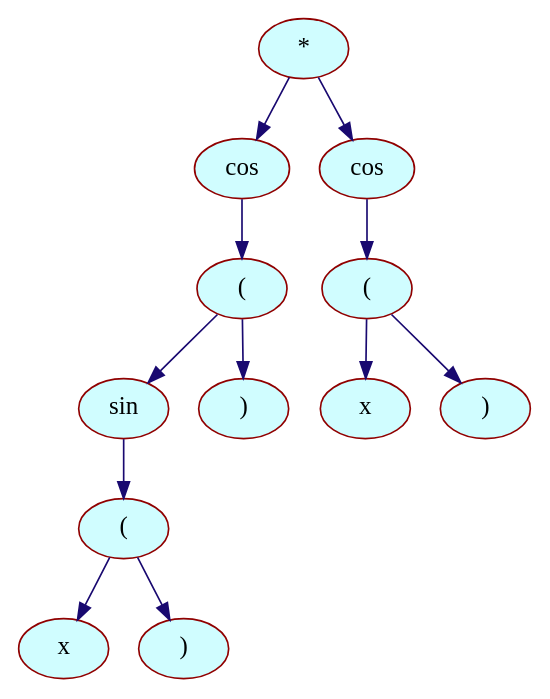
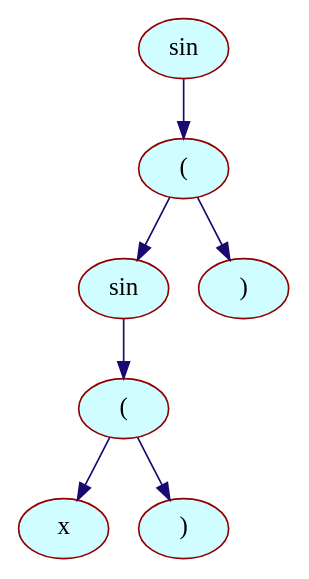
One commit to Agustangel/Differentiator changed the diagram in graphdump.dot. Above: the diagram before and after it, drawn with Graphviz. The commit also changed 6 other files, not shown here.

```diff
--- a/graphdump.dot
+++ b/graphdump.dot
@@ -1,39 +1,24 @@
 digraph {
 	node[shape = "cube", color = "#800000", fontsize = 15, style = "filled", fillcolor = "#88CEFA"];
 	edge[color = "#190970", fontsize = 11];
 
-		"*_0x5597c5eb5980"[shape = "ellipse", label = "*", color="#900000",                                style="filled", fillcolor = "#D0FDFF"];
-		"*_0x5597c5eb5980"->"cos_0x5597c5eb5940";
+		"sin_0x5559e3df0600"[shape = "ellipse", label = "sin", color="#900000",                                style="filled", fillcolor = "#D0FDFF"];
+		"sin_0x5559e3df0600"->"(_0x5559e3df05c0";
 
-		"cos_0x5597c5eb5940"[shape = "ellipse", label = "cos", color="#900000",                                style="filled", fillcolor = "#D0FDFF"];
-		"cos_0x5597c5eb5940"->"(_0x5597c5eb57c0";
+		"(_0x5559e3df05c0"[shape = "ellipse", label = "(", color="#900000",                                style="filled", fillcolor = "#D0FDFF"];
+		"(_0x5559e3df05c0"->"sin_0x5559e3df0540";
 
-		"(_0x5597c5eb57c0"[shape = "ellipse", label = "(", color="#900000",                                style="filled", fillcolor = "#D0FDFF"];
-		"(_0x5597c5eb57c0"->"sin_0x5597c5eb5800";
+		"sin_0x5559e3df0540"[shape = "ellipse", label = "sin", color="#900000",                                style="filled", fillcolor = "#D0FDFF"];
+		"sin_0x5559e3df0540"->"(_0x5559e3df0500";
 
-		"sin_0x5597c5eb5800"[shape = "ellipse", label = "sin", color="#900000",                                style="filled", fillcolor = "#D0FDFF"];
-		"sin_0x5597c5eb5800"->"(_0x5597c5eb5840";
+		"(_0x5559e3df0500"[shape = "ellipse", label = "(", color="#900000",                                style="filled", fillcolor = "#D0FDFF"];
+		"(_0x5559e3df0500"->"x_0x5559e3df0480";
 
-		"(_0x5597c5eb5840"[shape = "ellipse", label = "(", color="#900000",                                style="filled", fillcolor = "#D0FDFF"];
-		"(_0x5597c5eb5840"->"x_0x5597c5eb5880";
+		"x_0x5559e3df0480"[shape = "ellipse", label = "x", color="#900000", style="filled",                            fillcolor = "#D0FDFF"];
+		"(_0x5559e3df0500"->")_0x5559e3df04c0";
 
-		"x_0x5597c5eb5880"[shape = "ellipse", label = "x", color="#900000", style="filled",                            fillcolor = "#D0FDFF"];
-		"(_0x5597c5eb5840"->")_0x5597c5eb58c0";
+		")_0x5559e3df04c0"[shape = "ellipse", label = ")", color="#900000",                                style="filled", fillcolor = "#D0FDFF"];
+		"(_0x5559e3df05c0"->")_0x5559e3df0580";
 
-		")_0x5597c5eb58c0"[shape = "ellipse", label = ")", color="#900000",                                style="filled", fillcolor = "#D0FDFF"];
-		"(_0x5597c5eb57c0"->")_0x5597c5eb5900";
-
-		")_0x5597c5eb5900"[shape = "ellipse", label = ")", color="#900000",                                style="filled", fillcolor = "#D0FDFF"];
-		"*_0x5597c5eb5980"->"cos_0x5597c5eb5780";
-
-		"cos_0x5597c5eb5780"[shape = "ellipse", label = "cos", color="#900000",                                style="filled", fillcolor = "#D0FDFF"];
-		"cos_0x5597c5eb5780"->"(_0x5597c5eb5a00";
-
-		"(_0x5597c5eb5a00"[shape = "ellipse", label = "(", color="#900000",                                style="filled", fillcolor = "#D0FDFF"];
-		"(_0x5597c5eb5a00"->"x_0x5597c5eb5a40";
-
-		"x_0x5597c5eb5a40"[shape = "ellipse", label = "x", color="#900000", style="filled",                            fillcolor = "#D0FDFF"];
-		"(_0x5597c5eb5a00"->")_0x5597c5eb5a80";
-
-		")_0x5597c5eb5a80"[shape = "ellipse", label = ")", color="#900000",                                style="filled", fillcolor = "#D0FDFF"];
+		")_0x5559e3df0580"[shape = "ellipse", label = ")", color="#900000",                                style="filled", fillcolor = "#D0FDFF"];
 }
```
